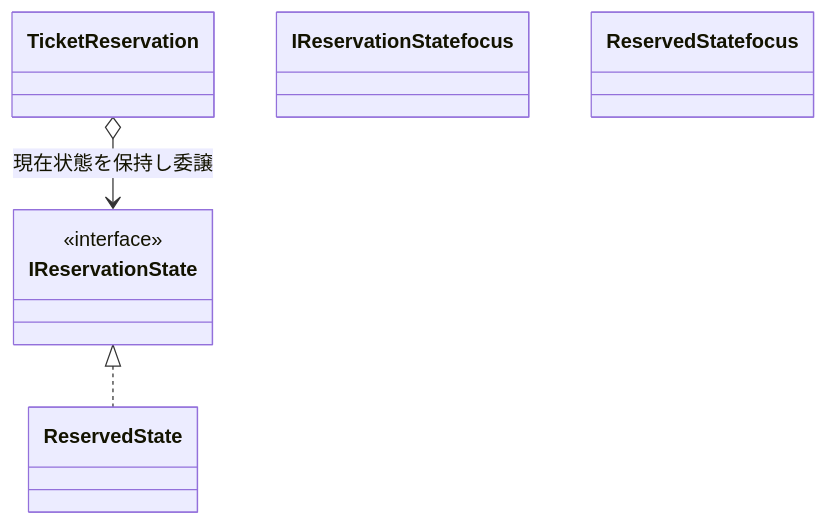
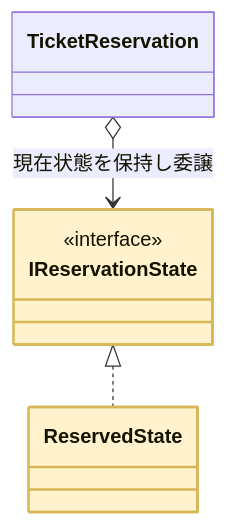
Before and after one commit to kumachan1101-pixel/DesignPattern: diagram 14 of 22 in kindle/design-patterns/output/chapter03.md, drawn with Mermaid. The commit also changed other lines of this file and 15 other files, not shown here.

First line of the commit message:
全章classDiagram: phantom浮きクラスを生む着色構文 class X focus を :::focus へ修正（103箇所）

````diff
--- a/kindle/design-patterns/output/chapter03.md
+++ b/kindle/design-patterns/output/chapter03.md
@@ -1478,11 +1478,11 @@
 ```mermaid
 classDiagram
     class TicketReservation
     class IReservationState { <<interface>> }
     class ReservedState
     TicketReservation o--> IReservationState : 現在状態を保持し委譲
     IReservationState <|.. ReservedState
-    class IReservationState focus
-    class ReservedState focus
+    class IReservationState:::focus
+    class ReservedState:::focus
     classDef focus fill:#FFF2CC,stroke:#D6B656,stroke-width:2px
 ```
````
